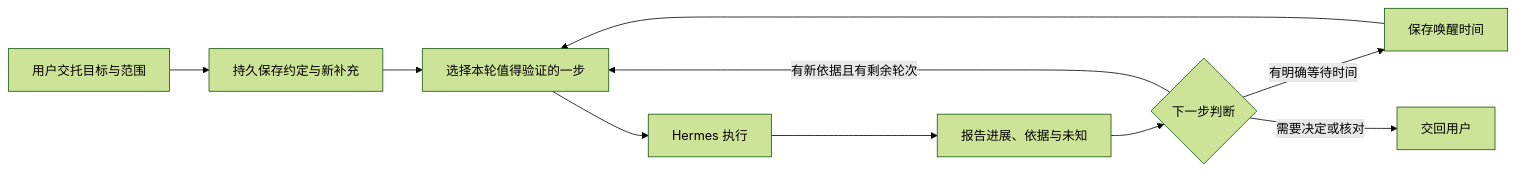
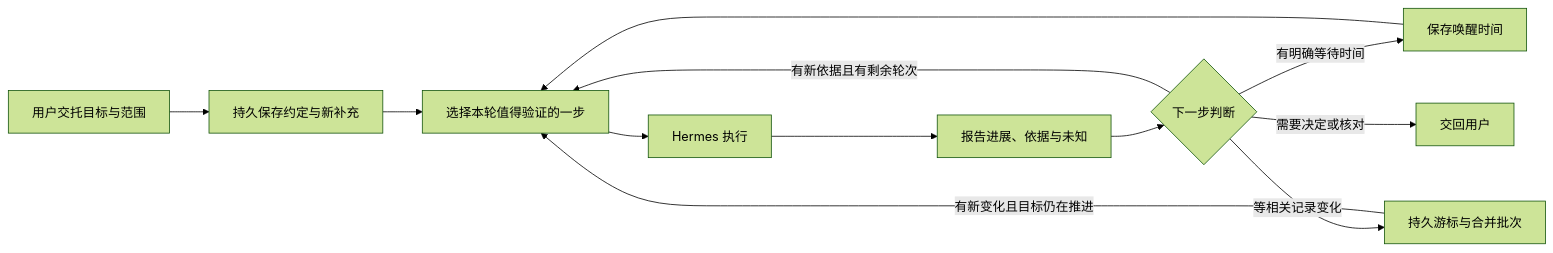
Before and after one commit to LuvElixir/wearing: the diagram in docs/personal-continuity.md, drawn with Mermaid (forest theme). The commit also changed other lines of this file and 1268 other files, not shown here.

````diff
--- a/docs/personal-continuity.md
+++ b/docs/personal-continuity.md
@@ -22,12 +30,14 @@
 ```mermaid
 flowchart LR
   A[用户交托目标与范围] --> B[持久保存约定与新补充]
   B --> C[选择本轮值得验证的一步]
   C --> D[Hermes 执行]
   D --> E[报告进展、依据与未知]
   E --> F{下一步判断}
   F -->|有新依据且有剩余轮次| C
   F -->|有明确等待时间| G[保存唤醒时间]
   G --> C
+  F -->|等相关记录变化| I[持久游标与合并批次]
+  I -->|有新变化且目标仍在推进| C
   F -->|需要决定或核对| H[交回用户]
 ```
````
